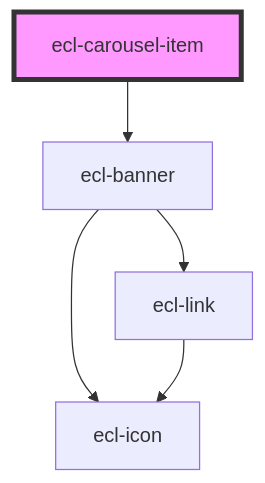
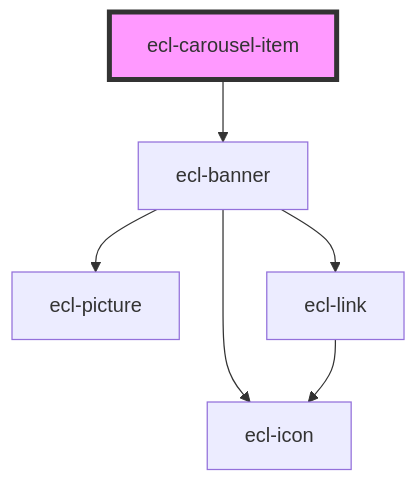
Before and after one commit to ec-europa/ecl-webcomponents: the diagram in src/components/ecl-carousel/readme.md, drawn with Mermaid. The commit also changed 5 other files, not shown here.

Commit message:
chore(webcomponents): Picture in banner

````diff
--- a/src/components/ecl-carousel/readme.md
+++ b/src/components/ecl-carousel/readme.md
@@ -31,8 +31,9 @@
 ```mermaid
 graph TD;
   ecl-carousel-item --> ecl-banner
+  ecl-banner --> ecl-picture
   ecl-banner --> ecl-link
   ecl-banner --> ecl-icon
   ecl-link --> ecl-icon
   style ecl-carousel-item fill:#f9f,stroke:#333,stroke-width:4px
 ```
````
